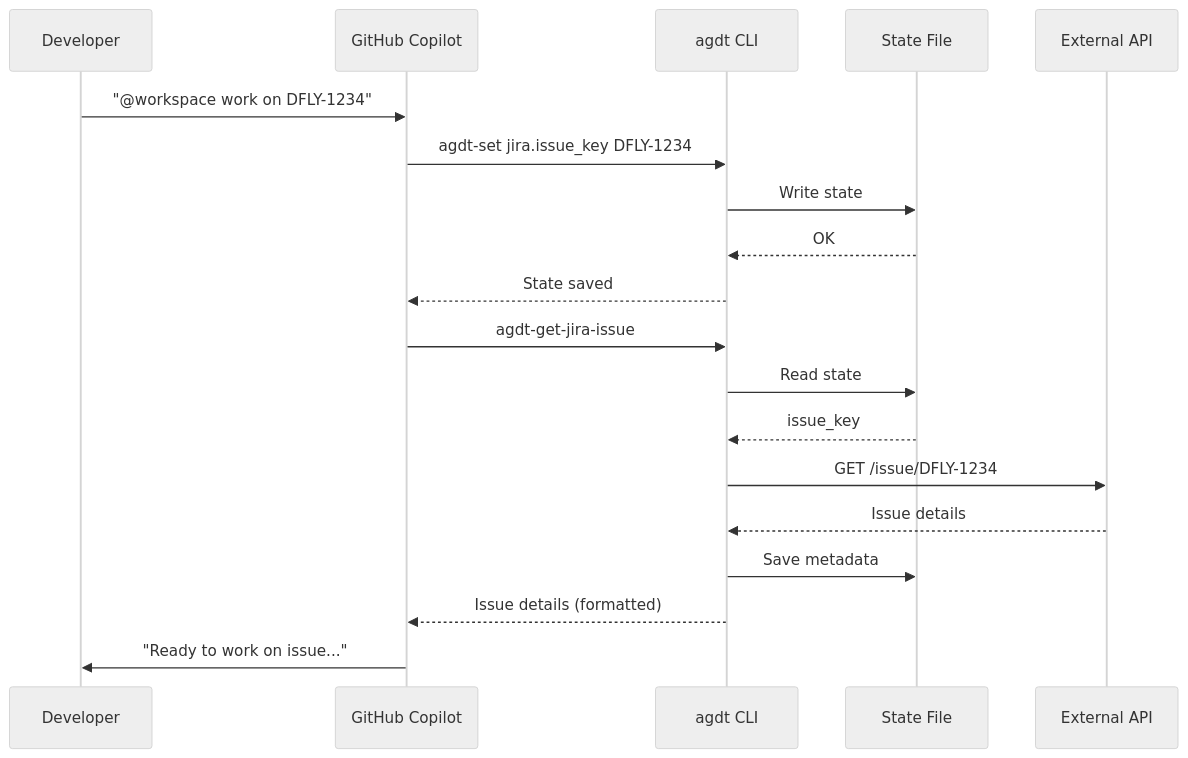
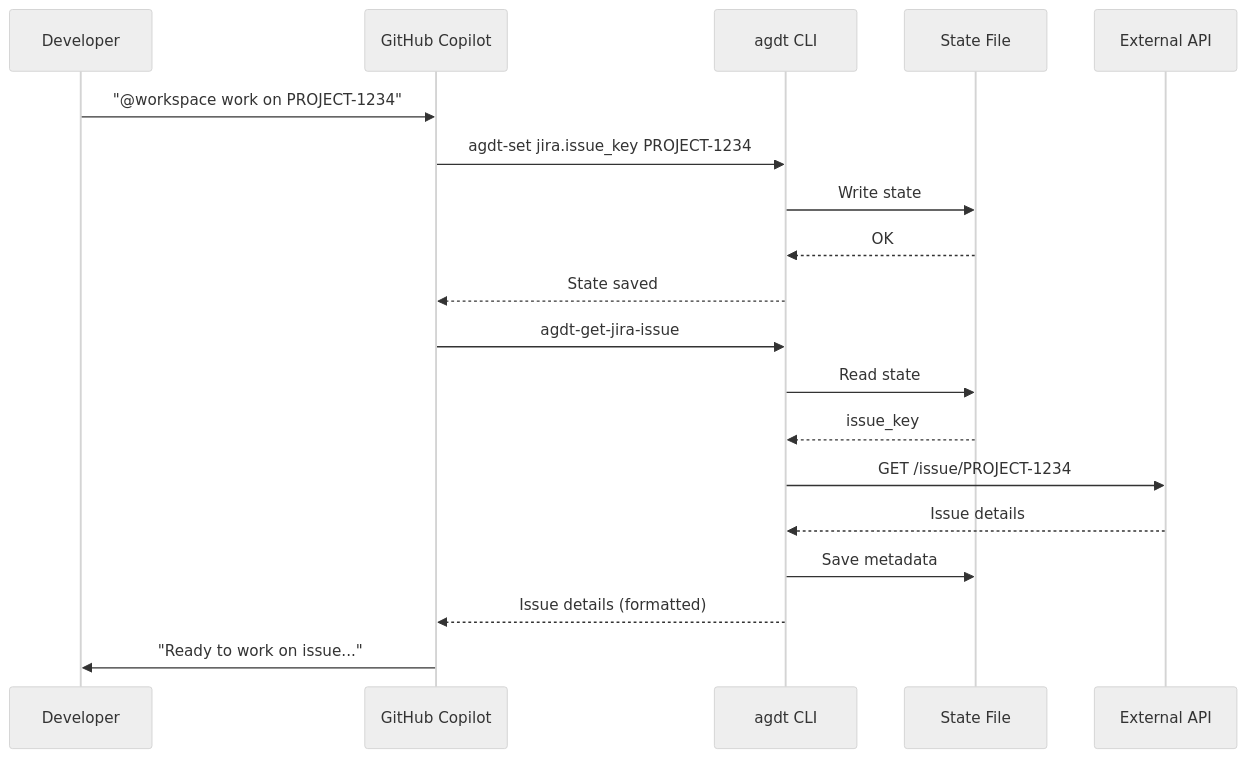
The second of 5 diagrams in docs/03-system-context.md (ayaiayorg/agentic-devtools), drawn with Mermaid (neutral theme) before and after one commit. The commit also changed 201 other files, not shown here.

````diff
--- a/docs/03-system-context.md
+++ b/docs/03-system-context.md
@@ -107,24 +107,24 @@
 ```mermaid
 sequenceDiagram
     participant Dev as Developer
     participant Copilot as GitHub Copilot
     participant CLI as agdt CLI
     participant State as State File
     participant API as External API
     
-    Dev->>Copilot: "@workspace work on DFLY-1234"
-    Copilot->>CLI: agdt-set jira.issue_key DFLY-1234
+    Dev->>Copilot: "@workspace work on PROJECT-1234"
+    Copilot->>CLI: agdt-set jira.issue_key PROJECT-1234
     CLI->>State: Write state
     State-->>CLI: OK
     CLI-->>Copilot: State saved
     
     Copilot->>CLI: agdt-get-jira-issue
     CLI->>State: Read state
     State-->>CLI: issue_key
-    CLI->>API: GET /issue/DFLY-1234
+    CLI->>API: GET /issue/PROJECT-1234
     API-->>CLI: Issue details
     CLI->>State: Save metadata
     CLI-->>Copilot: Issue details (formatted)
     
     Copilot->>Dev: "Ready to work on issue..."
 ```
````
